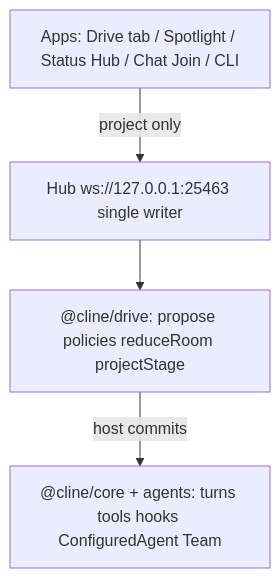
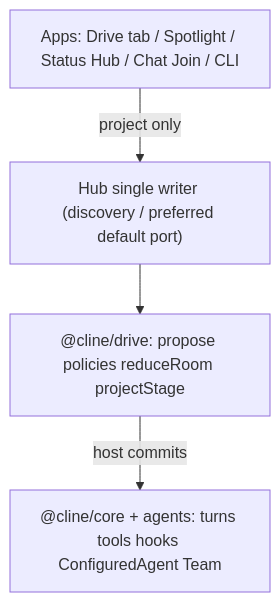
The diagram in docs/drivecode/reference/native-vs-drivecode.md (drive-mode/cline-drivecode), drawn with Mermaid before and after one commit. The commit also changed other lines of this file and 132 other files, not shown here.

````diff
--- a/docs/drivecode/reference/native-vs-drivecode.md
+++ b/docs/drivecode/reference/native-vs-drivecode.md
@@ -13,11 +13,11 @@
 ```mermaid
 flowchart TB
   apps["Apps: Drive tab / Spotlight / Status Hub / Chat Join / CLI"]
-  hub["Hub ws://127.0.0.1:25463 single writer"]
+  hub["Hub single writer (discovery / preferred default port)"]
   drive["@cline/drive: propose policies reduceRoom projectStage"]
   core["@cline/core + agents: turns tools hooks ConfiguredAgent Team"]
 
   apps -->|"project only"| hub
   hub --> drive
   drive -->|"host commits"| core
 ```
````
